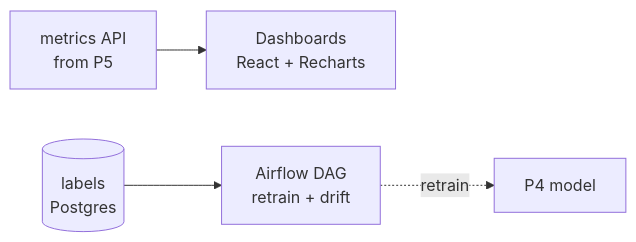
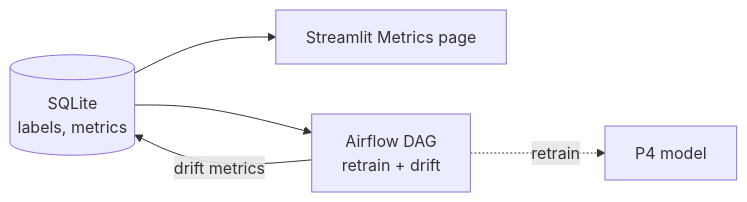
One commit to Break-Through-Tech/Banking-1B-online-payment-fraud-detection-using-high-dimensional-transaction-data changed the ninth of 9 diagrams in fraud-system/README.md. Above: the diagram before and after it, drawn with Mermaid. The commit also changed other lines of this file and 2 other files, not shown here.

Commit message:
Update README and contracts for Streamlit plan

````diff
--- a/fraud-system/README.md
+++ b/fraud-system/README.md
@@ -154,6 +160,7 @@
 ```mermaid
 flowchart LR
-    MET["metrics API<br/>from P5"] --> D["Dashboards<br/>React + Recharts"]
-    L[("labels<br/>Postgres")] --> AF["Airflow DAG<br/>retrain + drift"]
+    DB[("SQLite<br/>labels, metrics")] --> D["Streamlit Metrics page"]
+    DB --> AF["Airflow DAG<br/>retrain + drift"]
     AF -.->|"retrain"| MOD["P4 model"]
+    AF -->|"drift metrics"| DB
 ```
````
